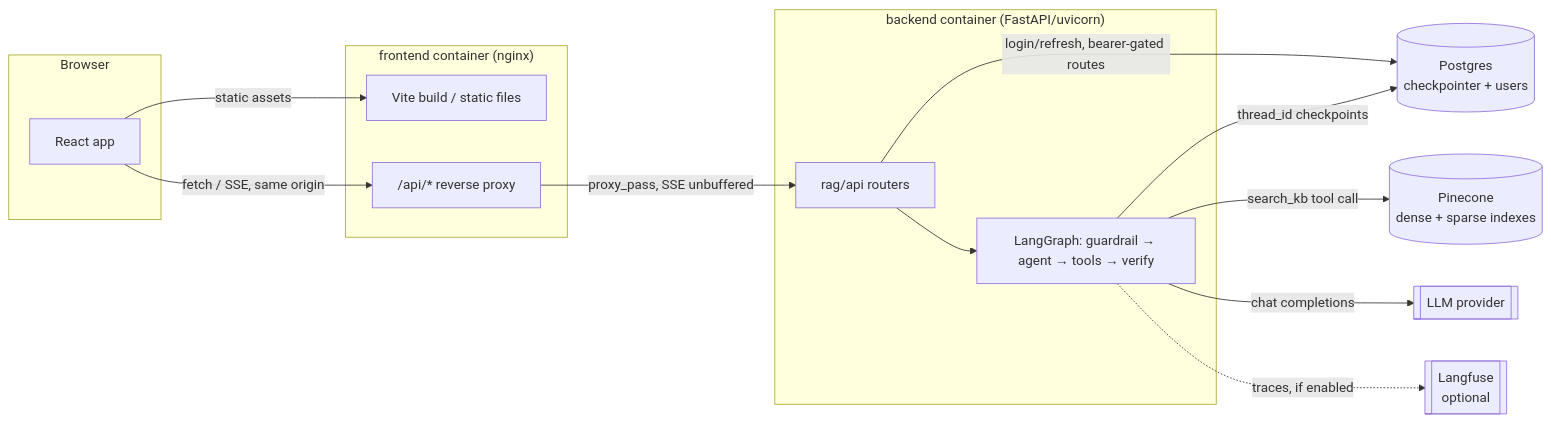
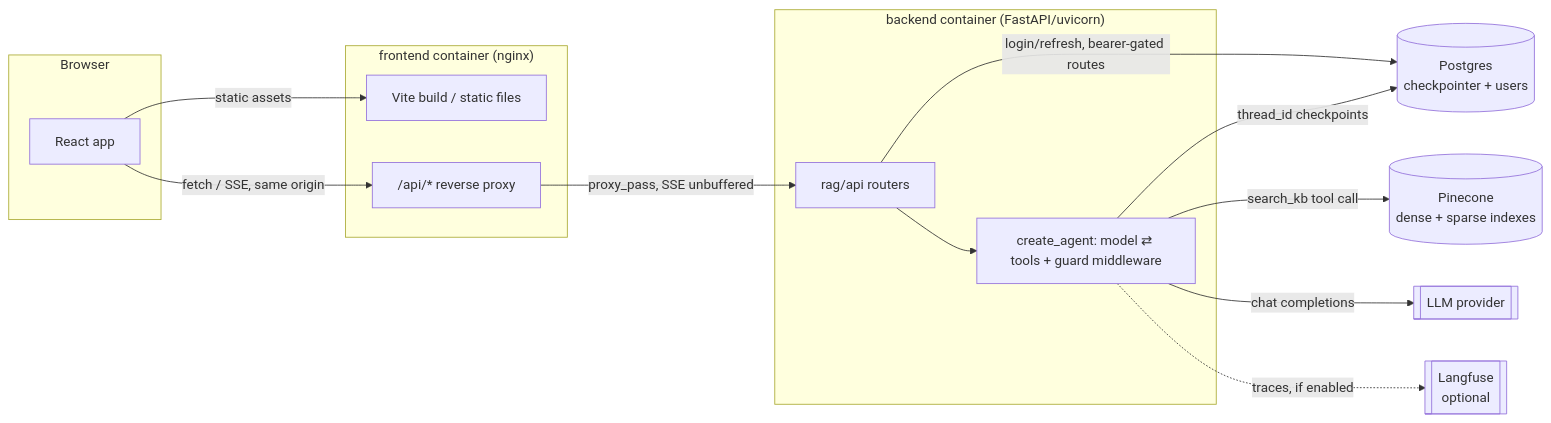
One commit to hadifar/rag changed the first of 5 diagrams in docs/architecture.md. Above: the diagram before and after it, drawn with Mermaid. The commit also changed other lines of this file and 9 other files, not shown here.

Commit message:
refactor: use react-agent instead of graph

````diff
--- a/docs/architecture.md
+++ b/docs/architecture.md
@@ -9,31 +9,31 @@
 ```mermaid
 graph LR
     subgraph browser[Browser]
         ui[React app]
     end
 
     subgraph frontendc["frontend container (nginx)"]
         static[Vite build / static files]
         proxy["/api/* reverse proxy"]
     end
 
     subgraph backendc["backend container (FastAPI/uvicorn)"]
         api[rag/api routers]
-        langgraph["LangGraph: guardrail → agent → tools → verify"]
+        langgraph["create_agent: model ⇄ tools + guard middleware"]
     end
 
     postgres[(Postgres<br/>checkpointer + users)]
     pinecone[(Pinecone<br/>dense + sparse indexes)]
     llm[[LLM provider]]
     langfuse[[Langfuse<br/>optional]]
 
     ui -->|static assets| static
     ui -->|"fetch / SSE, same origin"| proxy
     proxy -->|"proxy_pass, SSE unbuffered"| api
     api -->|"login/refresh, bearer-gated routes"| postgres
     api --> langgraph
     langgraph -->|thread_id checkpoints| postgres
     langgraph -->|search_kb tool call| pinecone
     langgraph -->|chat completions| llm
     langgraph -.->|traces, if enabled| langfuse
 ```
````
